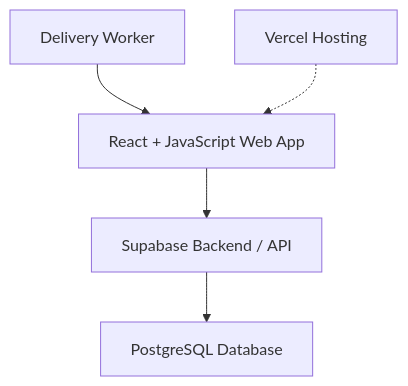
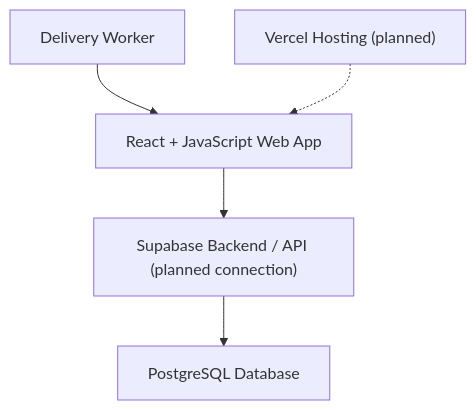
The diagram in README.md (alnumihend-cpu/delivery-business-app), drawn with Mermaid before and after one commit. The commit also changed other lines of this file, not shown here.

````diff
--- a/README.md
+++ b/README.md
@@ -126,7 +129,7 @@
 ```mermaid
 flowchart TD
     A["Delivery Worker"] --> B["React + JavaScript Web App"]
-    B --> C["Supabase Backend / API"]
+    B --> C["Supabase Backend / API (planned connection)"]
     C --> D["PostgreSQL Database"]
-    E["Vercel Hosting"] -.-> B
+    E["Vercel Hosting (planned)"] -.-> B
 ```
````
